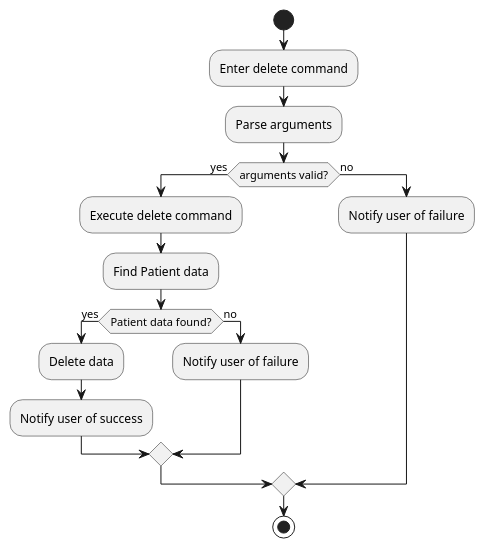
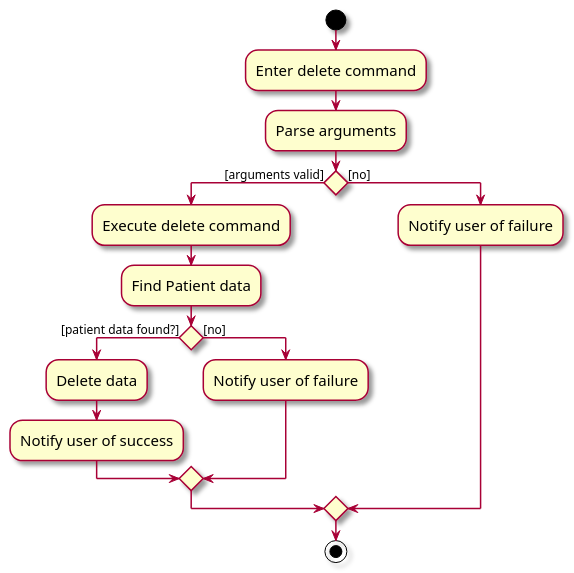
One commit to AY2324S1-CS2103T-T14-3/tp changed the diagram in diagrams/DeleteActivityDiagram.puml. Above: the diagram before and after it, drawn with PlantUML. The commit also changed 41 other files, not shown here.

```diff
--- a/diagrams/DeleteActivityDiagram.puml
+++ b/diagrams/DeleteActivityDiagram.puml
@@ -1,28 +1,32 @@
 @startuml Delete Patient Data
 start
+
+skin rose
+skinparam ActivityFontSize 15
+skinparam ArrowFontSize 12
 
 :Enter delete command;
 :Parse arguments;
 
-if (arguments valid?) then (yes)
+if () then ([arguments valid])
 
 :Execute delete command;
 :Find Patient data;
 
-if (Patient data found?) then (yes)
+if () then ([patient data found?])
 
 :Delete data;
 :Notify user of success;
-else (no)
+else ([no])
 
 :Notify user of failure;
 endif
 
-else (no)
+else ([no])
 
 :Notify user of failure;
 
 endif
 
 stop
 @enduml
```
